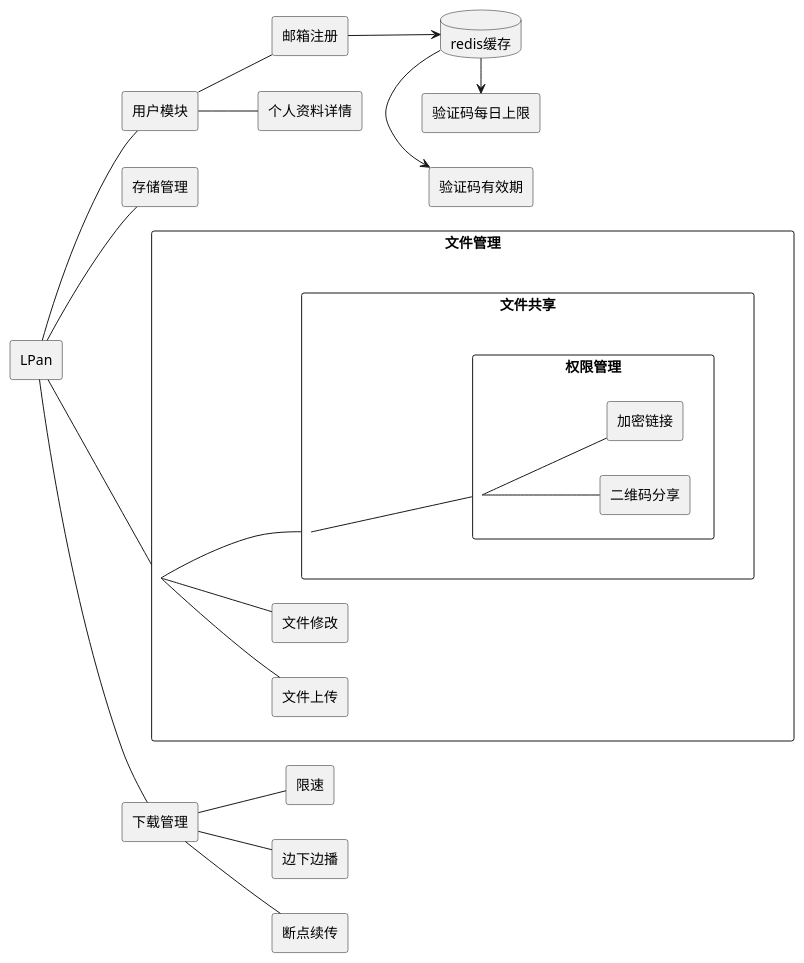
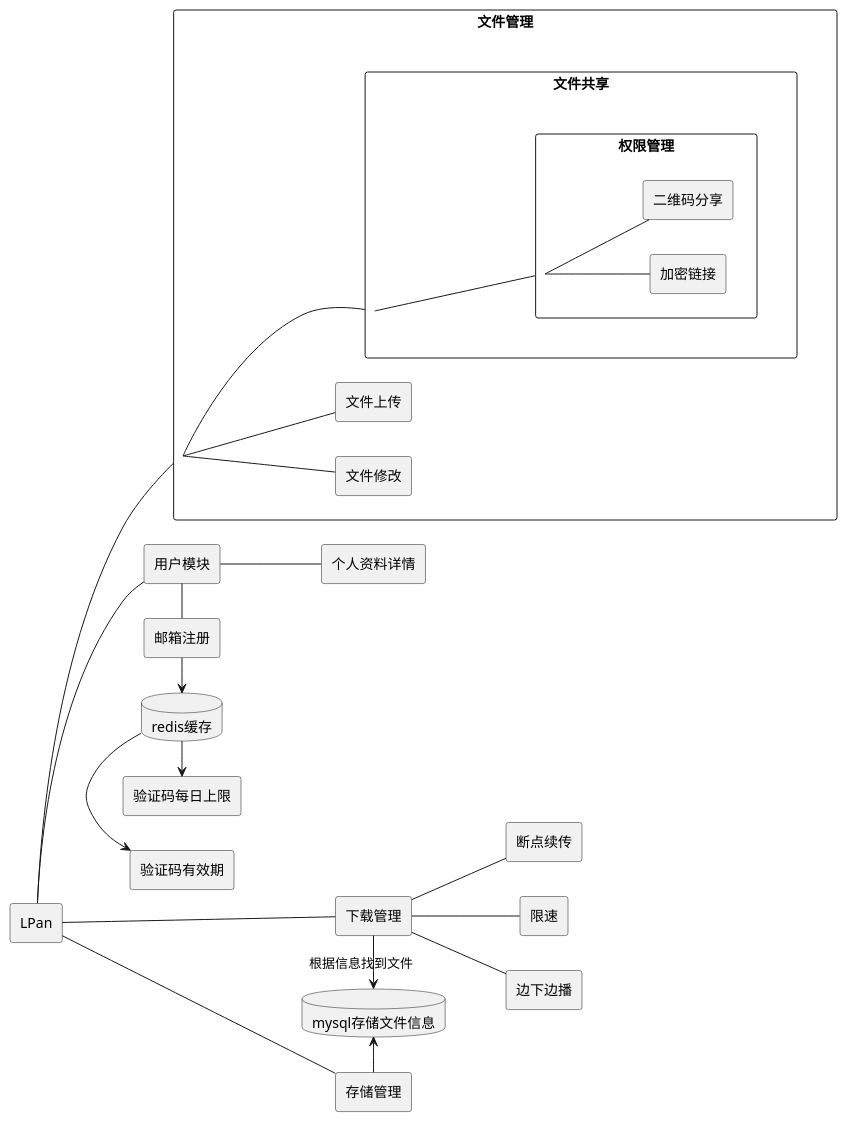
One commit to lluckyboi/LPan changed the diagram in MIND.puml. Above: the diagram before and after it, drawn with PlantUML. The commit also changed 1 other file, not shown here.

Commit message:
更新架构图

```diff
--- a/MIND.puml
+++ b/MIND.puml
@@ -1,76 +1,82 @@
 @startuml
 left to right direction
 skinparam packageStyle rectangle
 
 rectangle  LPan
 
 
 rectangle 用户模块{
     LPan -- 用户模块
 }
 rectangle 邮箱注册{
-    用户模块 -- 邮箱注册
+    用户模块 - 邮箱注册
 }
 database redis[
     redis缓存
 ]
 redis ->验证码有效期
 redis ->验证码每日上限
-邮箱注册 -down-> redis
+邮箱注册 -> redis
 rectangle 验证码有效期{
 }
 rectangle 验证码每日上限{
 }
 rectangle 个人资料详情{
     用户模块  -- 个人资料详情
 }
 
 
 
 
 rectangle 存储管理{
     LPan -- 存储管理
 }
+database mysql[
+mysql存储文件信息
+]
+mysql <- 存储管理
+
+下载管理->mysql:根据信息找到文件
 
 
 
 rectangle 文件管理{
     LPan -- 文件管理
 }
 rectangle 文件管理{
    文件管理--文件共享
    文件管理--文件修改
    文件管理--文件上传
 }
 rectangle 文件修改{
 }
 rectangle 文件上传{
  }
 rectangle 文件共享{
     文件共享 -- 权限管理
 }
 rectangle 权限管理 {
     权限管理--加密链接
     权限管理--二维码分享
 }
 rectangle 加密链接{
 }
 rectangle 二维码分享{
 }
 
 
 
 rectangle 下载管理{
-    LPan--下载管理
+    LPan---下载管理
 }
 rectangle 限速{
    下载管理--限速
 }
 rectangle 边下边播{
    下载管理--边下边播
 }
 rectangle 断点续传{
    下载管理--断点续传
 }
 
 @enduml
```
